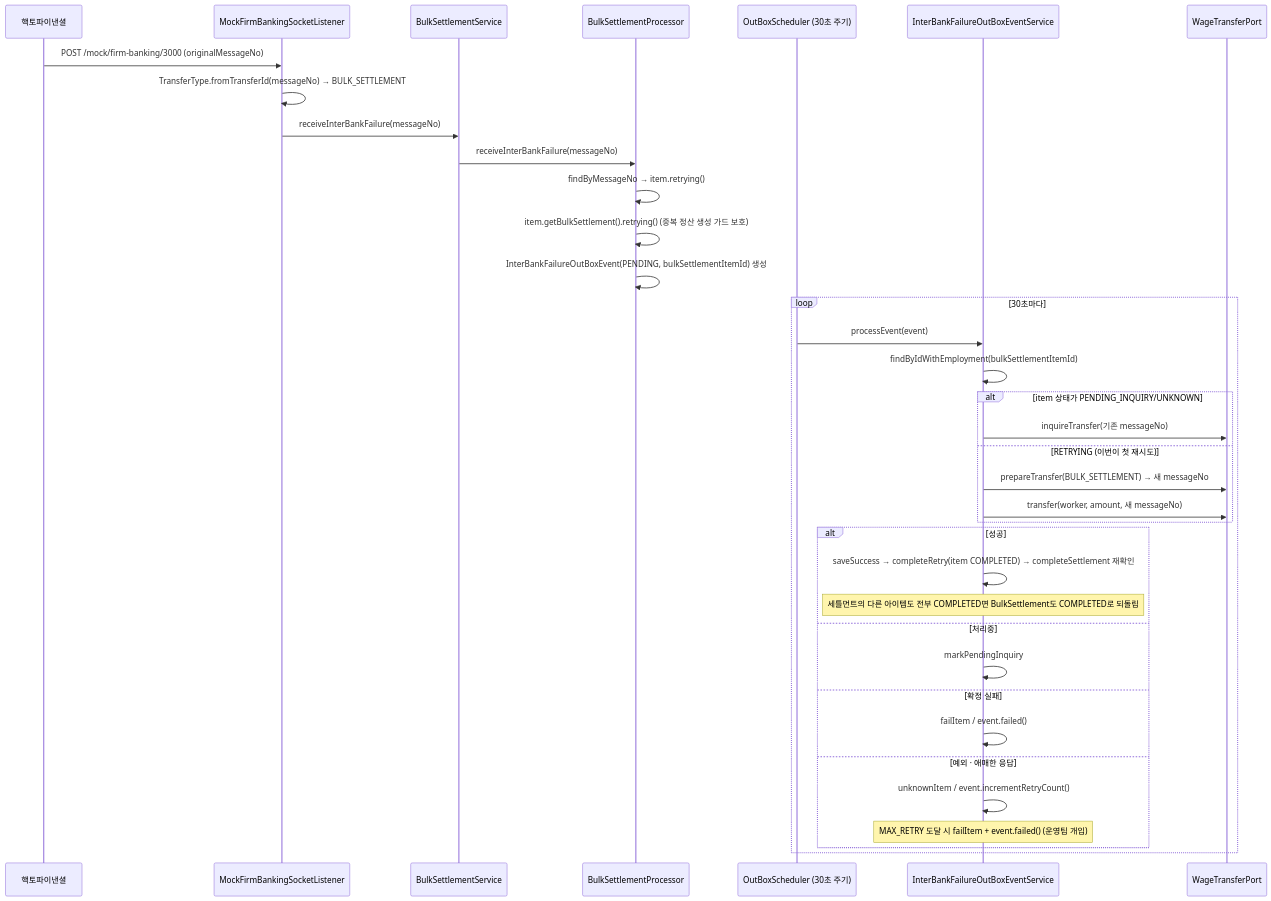
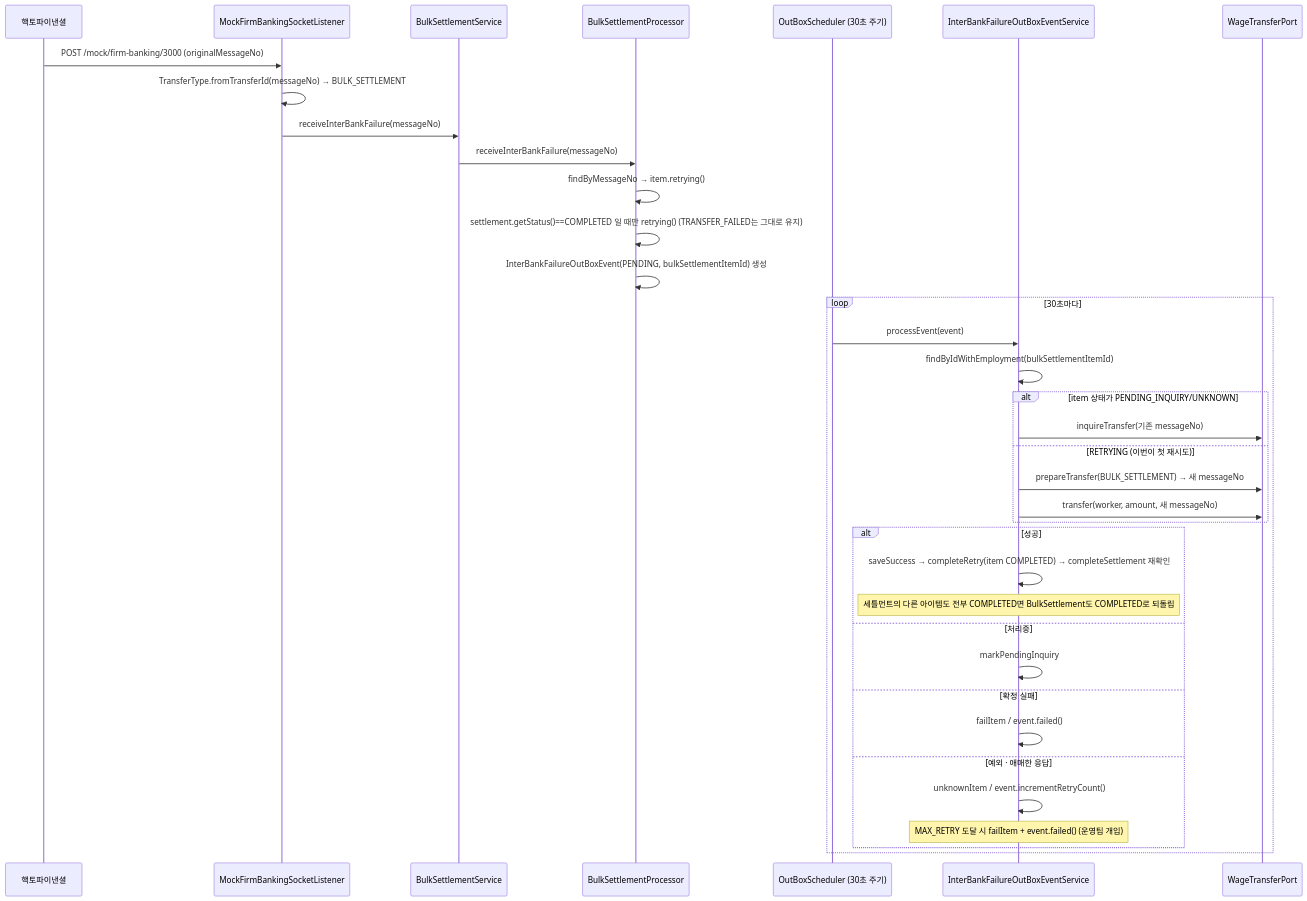
The fifth of 5 diagrams in docs/diagrams/sequence-diagram.md (YOUHEETAE/wage-clock), drawn with Mermaid before and after one commit. The commit also changed other lines of this file and 8 other files, not shown here.

````diff
--- a/docs/diagrams/sequence-diagram.md
+++ b/docs/diagrams/sequence-diagram.md
@@ -179,40 +185,40 @@
 ```mermaid
 sequenceDiagram
     participant Bank as 핵토파이낸셜
     participant Listener as MockFirmBankingSocketListener
     participant BulkSettlementService
     participant BulkSettlementProcessor
     participant OutboxScheduler as OutBoxScheduler (30초 주기)
     participant OutboxService as InterBankFailureOutBoxEventService
     participant WageTransferPort
 
     Bank->>Listener: POST /mock/firm-banking/3000 (originalMessageNo)
     Listener->>Listener: TransferType.fromTransferId(messageNo) → BULK_SETTLEMENT
     Listener->>BulkSettlementService: receiveInterBankFailure(messageNo)
     BulkSettlementService->>BulkSettlementProcessor: receiveInterBankFailure(messageNo)
     BulkSettlementProcessor->>BulkSettlementProcessor: findByMessageNo → item.retrying()
-    BulkSettlementProcessor->>BulkSettlementProcessor: item.getBulkSettlement().retrying() (중복 정산 생성 가드 보호)
+    BulkSettlementProcessor->>BulkSettlementProcessor: settlement.getStatus()==COMPLETED 일 때만 retrying() (TRANSFER_FAILED는 그대로 유지)
     BulkSettlementProcessor->>BulkSettlementProcessor: InterBankFailureOutBoxEvent(PENDING, bulkSettlementItemId) 생성
 
     loop 30초마다
         OutboxScheduler->>OutboxService: processEvent(event)
         OutboxService->>OutboxService: findByIdWithEmployment(bulkSettlementItemId)
         alt item 상태가 PENDING_INQUIRY/UNKNOWN
             OutboxService->>WageTransferPort: inquireTransfer(기존 messageNo)
         else RETRYING (이번이 첫 재시도)
             OutboxService->>WageTransferPort: prepareTransfer(BULK_SETTLEMENT) → 새 messageNo
             OutboxService->>WageTransferPort: transfer(worker, amount, 새 messageNo)
         end
         alt 성공
             OutboxService->>OutboxService: saveSuccess → completeRetry(item COMPLETED) → completeSettlement 재확인
             Note over OutboxService: 세틀먼트의 다른 아이템도 전부 COMPLETED면 BulkSettlement도 COMPLETED로 되돌림
         else 처리중
             OutboxService->>OutboxService: markPendingInquiry
         else 확정 실패
             OutboxService->>OutboxService: failItem / event.failed()
         else 예외 · 애매한 응답
             OutboxService->>OutboxService: unknownItem / event.incrementRetryCount()
             Note over OutboxService: MAX_RETRY 도달 시 failItem + event.failed() (운영팀 개입)
         end
     end
 ```
````
